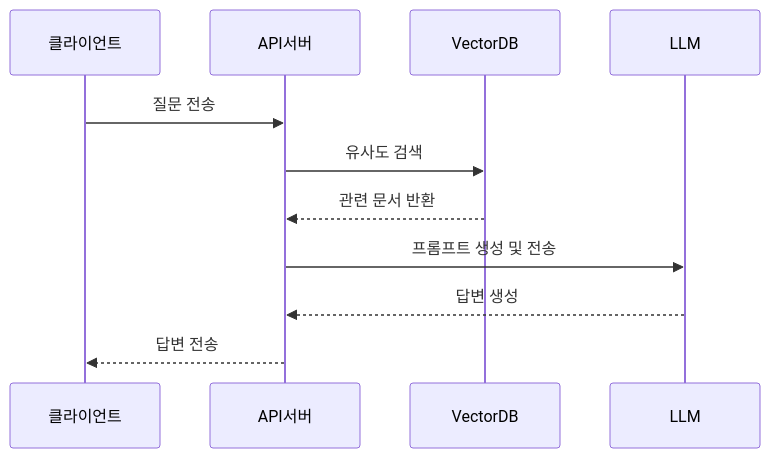
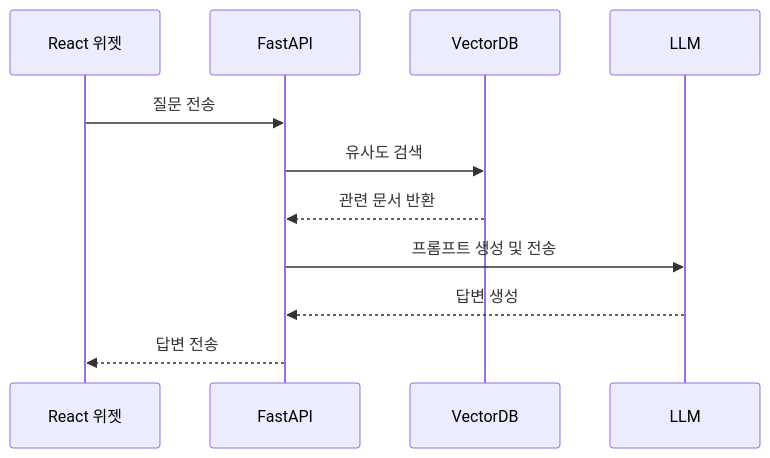
One commit to watanka/AbotMe changed the fourth of 5 diagrams in docs/design.md. Above: the diagram before and after it, drawn with Mermaid. The commit also changed other lines of this file and 2 other files, not shown here.

Commit message:
프론트엔드 스택 react-chat-widget으로 변경

````diff
--- a/docs/design.md
+++ b/docs/design.md
@@ -74,14 +125,14 @@
 ```mermaid
 sequenceDiagram
-    participant 클라이언트
-    participant API서버
+    participant Widget as React 위젯
+    participant FastAPI
     participant VectorDB
     participant LLM
     
-    클라이언트->>API서버: 질문 전송
-    API서버->>VectorDB: 유사도 검색
-    VectorDB-->>API서버: 관련 문서 반환
-    API서버->>LLM: 프롬프트 생성 및 전송
-    LLM-->>API서버: 답변 생성
-    API서버-->>클라이언트: 답변 전송
+    Widget->>FastAPI: 질문 전송
+    FastAPI->>VectorDB: 유사도 검색
+    VectorDB-->>FastAPI: 관련 문서 반환
+    FastAPI->>LLM: 프롬프트 생성 및 전송
+    LLM-->>FastAPI: 답변 생성
+    FastAPI-->>Widget: 답변 전송
 ```
````
